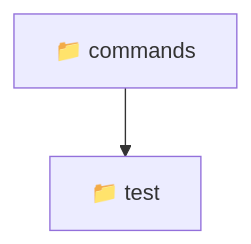
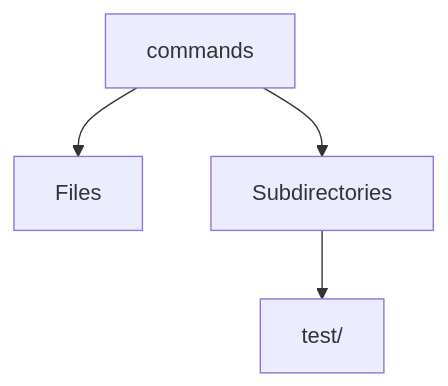
Before and after one commit to beginwebdev2002/fullstack-mavluda: the diagram in .gemini/commands/README.md, drawn with Mermaid. The commit also changed other lines of this file and 167 other files, not shown here.

````diff
--- a/.gemini/commands/README.md
+++ b/.gemini/commands/README.md
@@ -9,5 +12,6 @@
 ```mermaid
 graph TD
-  Root["📁 commands"]
-  Root --> test["📁 test"]
+  commands --> Files
+  commands --> Subdirectories
+  Subdirectories --> test[test/]
 ```
````
